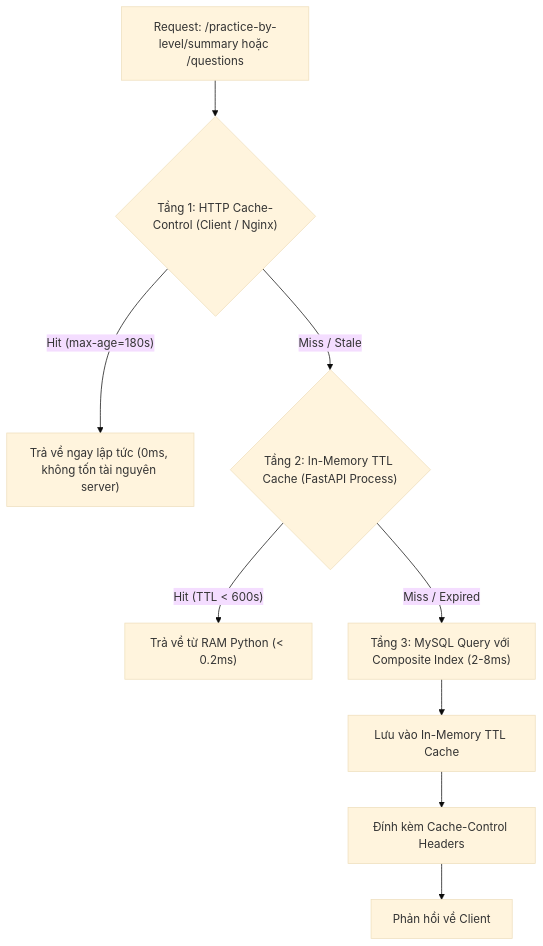
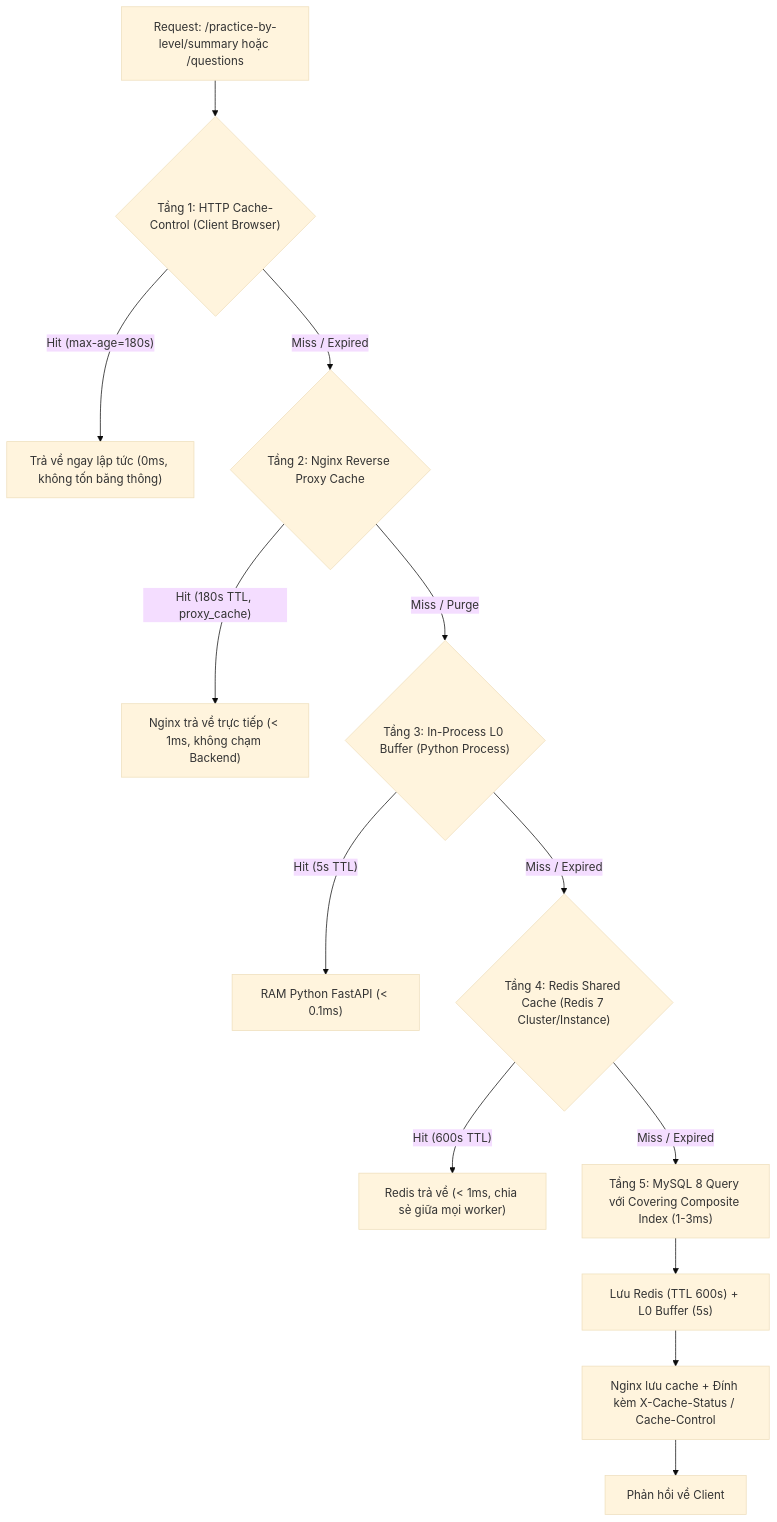
The diagram in docs/agents/practice-by-level/caching-and-performance.md (duydat555/ilovetoeic-local), drawn with Mermaid (base theme) before and after one commit. The commit also changed other lines of this file and 3 other files, not shown here.

Commit message:
feat(pbl): phase 8 - nginx proxy cache config and cache documentation

````diff
--- a/docs/agents/practice-by-level/caching-and-performance.md
+++ b/docs/agents/practice-by-level/caching-and-performance.md
@@ -11,11 +11,15 @@
 ```mermaid
 flowchart TD
-    Req["Request: /practice-by-level/summary hoặc /questions"] --> Tier1{"Tầng 1: HTTP Cache-Control (Client / Nginx)"}
-    Tier1 -- "Hit (max-age=180s)" --> ResClient["Trả về ngay lập tức (0ms, không tốn tài nguyên server)"]
-    Tier1 -- "Miss / Stale" --> Tier2{"Tầng 2: In-Memory TTL Cache (FastAPI Process)"}
-    Tier2 -- "Hit (TTL < 600s)" --> ResMemory["Trả về từ RAM Python (< 0.2ms)"]
-    Tier2 -- "Miss / Expired" --> DBQuery["Tầng 3: MySQL Query với Composite Index (2-8ms)"]
-    DBQuery --> SaveRAM["Lưu vào In-Memory TTL Cache"]
-    SaveRAM --> SetHTTPHeaders["Đính kèm Cache-Control Headers"]
-    SetHTTPHeaders --> Response["Phản hồi về Client"]
+    Req["Request: /practice-by-level/summary hoặc /questions"] --> Tier0{"Tầng 1: HTTP Cache-Control (Client Browser)"}
+    Tier0 -- "Hit (max-age=180s)" --> ResClient["Trả về ngay lập tức (0ms, không tốn băng thông)"]
+    Tier0 -- "Miss / Expired" --> Tier1{"Tầng 2: Nginx Reverse Proxy Cache"}
+    Tier1 -- "Hit (180s TTL, proxy_cache)" --> ResNginx["Nginx trả về trực tiếp (< 1ms, không chạm Backend)"]
+    Tier1 -- "Miss / Purge" --> Tier2{"Tầng 3: In-Process L0 Buffer (Python Process)"}
+    Tier2 -- "Hit (5s TTL)" --> ResL0["RAM Python FastAPI (< 0.1ms)"]
+    Tier2 -- "Miss / Expired" --> Tier3{"Tầng 4: Redis Shared Cache (Redis 7 Cluster/Instance)"}
+    Tier3 -- "Hit (600s TTL)" --> ResRedis["Redis trả về (< 1ms, chia sẻ giữa mọi worker)"]
+    Tier3 -- "Miss / Expired" --> DBQuery["Tầng 5: MySQL 8 Query với Covering Composite Index (1-3ms)"]
+    DBQuery --> SaveRedis["Lưu Redis (TTL 600s) + L0 Buffer (5s)"]
+    SaveRedis --> SetNginxHeaders["Nginx lưu cache + Đính kèm X-Cache-Status / Cache-Control"]
+    SetNginxHeaders --> Response["Phản hồi về Client"]
 ```
````
